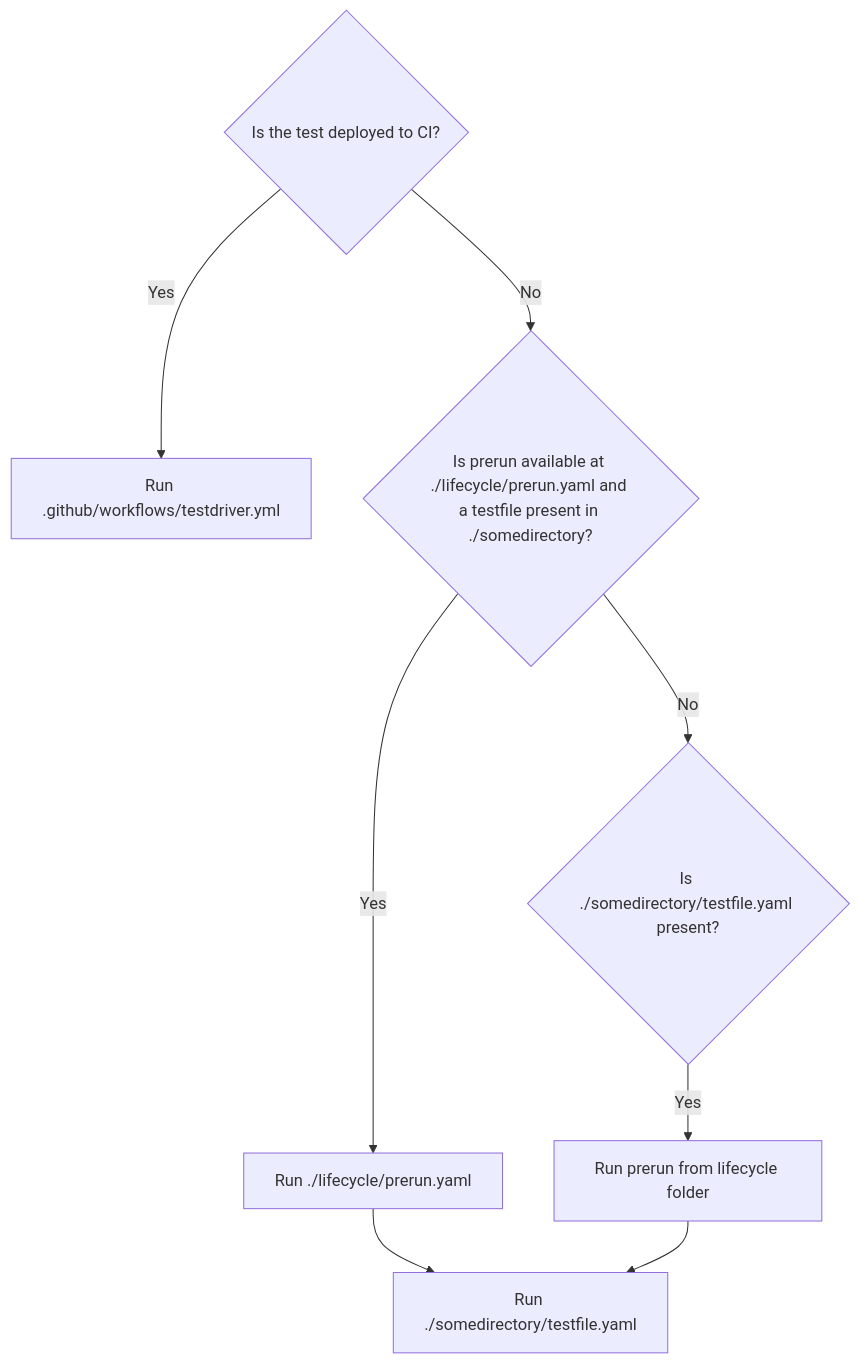
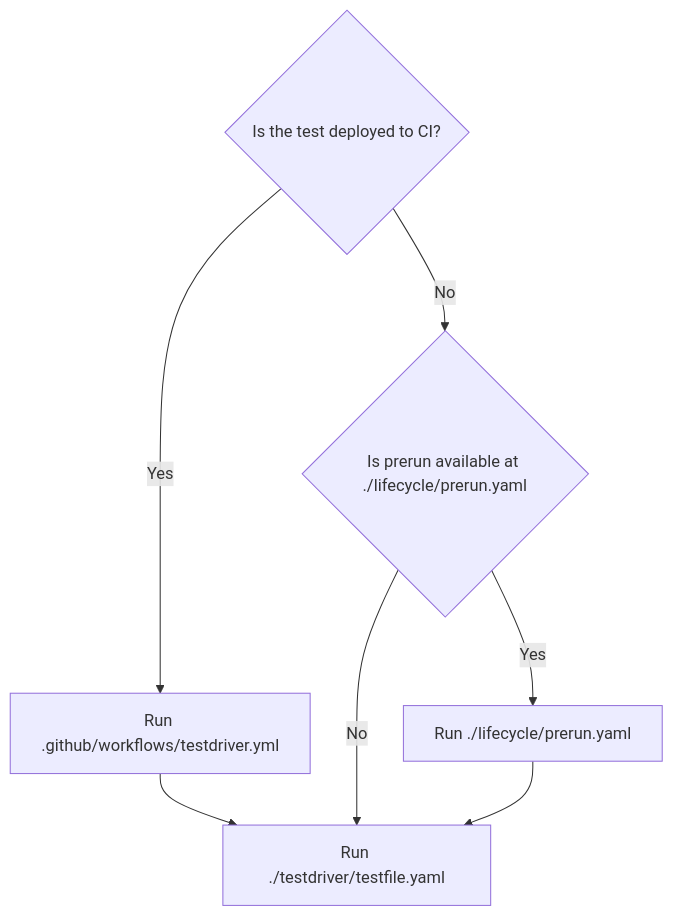
One commit to testdriverai/testdriverai changed the diagram in docs/guide/lifecycle-prerun.mdx. Above: the diagram before and after it, drawn with Mermaid. The commit also changed other lines of this file, not shown here.

Commit message:
fix prerun diagram

````diff
--- a/docs/guide/lifecycle-prerun.mdx
+++ b/docs/guide/lifecycle-prerun.mdx
@@ -61,12 +61,10 @@
 ```mermaid
 graph TD
     A{Is the test deployed to CI?}
     A -->|Yes| B[Run .github/workflows/testdriver.yml]
-    
-    A -->|No| C{Is prerun available at ./lifecycle/prerun.yaml and a testfile present in ./somedirectory?}
+    B --> F
+    A -->|No| C{Is prerun available at ./lifecycle/prerun.yaml}
     C -->|Yes| D[Run ./lifecycle/prerun.yaml]
-    D --> E[Run ./somedirectory/testfile.yaml]
-    C -->|No| F{Is ./somedirectory/testfile.yaml present?}
-    F -->|Yes| G[Run prerun from lifecycle folder]
-    G --> E
+    C -->|No| F
+    D --> F[Run ./testdriver/testfile.yaml]
 ```
````
